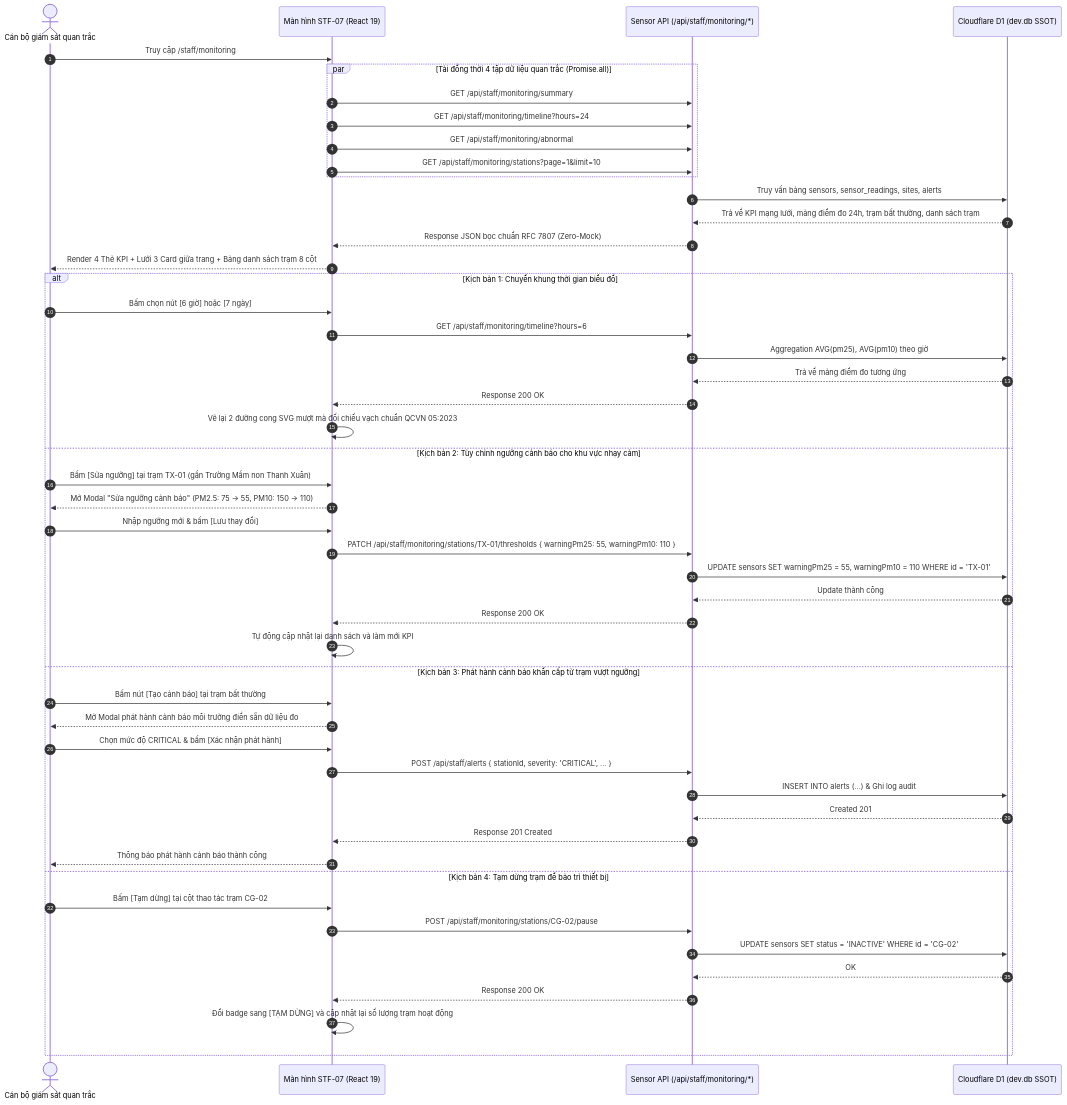
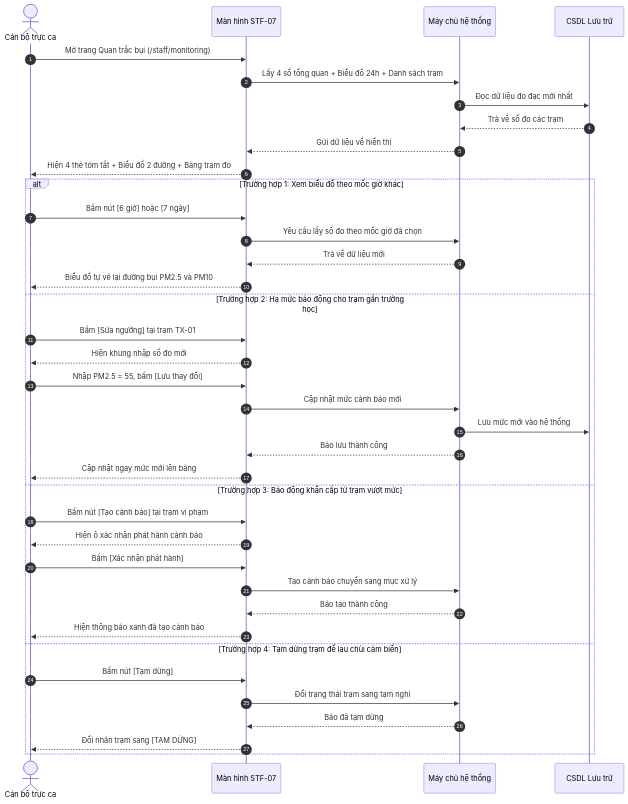
The diagram in docs/product/screens/STAFF-07-monitoring.md (26730023-PhamPhuNguyenHung/unicef-dustguard), drawn with Mermaid before and after one commit. The commit also changed other lines of this file and 30 other files, not shown here.

````diff
--- a/docs/product/screens/STAFF-07-monitoring.md
+++ b/docs/product/screens/STAFF-07-monitoring.md
@@ -51,54 +49,42 @@
 ```mermaid
 sequenceDiagram
     autonumber
-    actor Staff as Cán bộ giám sát quan trắc
-    participant UI as Màn hình STF-07 (React 19)
-    participant API as Sensor API (/api/staff/monitoring/*)
-    participant DB as Cloudflare D1 (dev.db SSOT)
+    actor CB as Cán bộ trực ca
+    participant MH as Màn hình STF-07
+    participant SV as Máy chủ hệ thống
+    participant DB as CSDL Lưu trữ
 
-    Staff->>UI: Truy cập /staff/monitoring
-    par Tải đồng thời 4 tập dữ liệu quan trắc (Promise.all)
-        UI->>API: GET /api/staff/monitoring/summary
-        UI->>API: GET /api/staff/monitoring/timeline?hours=24
-        UI->>API: GET /api/staff/monitoring/abnormal
-        UI->>API: GET /api/staff/monitoring/stations?page=1&limit=10
-    end
-    API->>DB: Truy vấn bảng sensors, sensor_readings, sites, alerts
-    DB-->>API: Trả về KPI mạng lưới, mảng điểm đo 24h, trạm bất thường, danh sách trạm
-    API-->>UI: Response JSON bọc chuẩn RFC 7807 (Zero-Mock)
-    UI-->>Staff: Render 4 Thẻ KPI + Lưới 3 Card giữa trang + Bảng danh sách trạm 8 cột
+    CB->>MH: Mở trang Quan trắc bụi (/staff/monitoring)
+    MH->>SV: Lấy 4 số tổng quan + Biểu đồ 24h + Danh sách trạm
+    SV->>DB: Đọc dữ liệu đo đạc mới nhất
+    DB-->>SV: Trả về số đo các trạm
+    SV-->>MH: Gửi dữ liệu về hiển thị
+    MH-->>CB: Hiện 4 thẻ tóm tắt + Biểu đồ 2 đường + Bảng trạm đo
 
-    alt Kịch bản 1: Chuyển khung thời gian biểu đồ
-        Staff->>UI: Bấm chọn nút [6 giờ] hoặc [7 ngày]
-        UI->>API: GET /api/staff/monitoring/timeline?hours=6
-        API->>DB: Aggregation AVG(pm25), AVG(pm10) theo giờ
-        DB-->>API: Trả về mảng điểm đo tương ứng
-        API-->>UI: Response 200 OK
-        UI->>UI: Vẽ lại 2 đường cong SVG mượt mà đối chiếu vạch chuẩn QCVN 05:2023
-    else Kịch bản 2: Tùy chỉnh ngưỡng cảnh báo cho khu vực nhạy cảm
-        Staff->>UI: Bấm [Sửa ngưỡng] tại trạm TX-01 (gần Trường Mầm non Thanh Xuân)
-        UI-->>Staff: Mở Modal "Sửa ngưỡng cảnh báo" (PM2.5: 75 -> 55, PM10: 150 -> 110)
-        Staff->>UI: Nhập ngưỡng mới & bấm [Lưu thay đổi]
-        UI->>API: PATCH /api/staff/monitoring/stations/TX-01/thresholds { warningPm25: 55, warningPm10: 110 }
-        API->>DB: UPDATE sensors SET warningPm25 = 55, warningPm10 = 110 WHERE id = 'TX-01'
-        DB-->>API: Update thành công
-        API-->>UI: Response 200 OK
-        UI->>UI: Tự động cập nhật lại danh sách và làm mới KPI
-    else Kịch bản 3: Phát hành cảnh báo khẩn cấp từ trạm vượt ngưỡng
-        Staff->>UI: Bấm nút [Tạo cảnh báo] tại trạm bất thường
-        UI-->>Staff: Mở Modal phát hành cảnh báo môi trường điền sẵn dữ liệu đo
-        Staff->>UI: Chọn mức độ CRITICAL & bấm [Xác nhận phát hành]
-        UI->>API: POST /api/staff/alerts { stationId, severity: 'CRITICAL', ... }
-        API->>DB: INSERT INTO alerts (...) & Ghi log audit
-        DB-->>API: Created 201
-        API-->>UI: Response 201 Created
-        UI-->>Staff: Thông báo phát hành cảnh báo thành công
-    else Kịch bản 4: Tạm dừng trạm để bảo trì thiết bị
-        Staff->>UI: Bấm [Tạm dừng] tại cột thao tác trạm CG-02
-        UI->>API: POST /api/staff/monitoring/stations/CG-02/pause
-        API->>DB: UPDATE sensors SET status = 'INACTIVE' WHERE id = 'CG-02'
-        DB-->>API: OK
-        API-->>UI: Response 200 OK
-        UI->>UI: Đổi badge sang [TẠM DỪNG] và cập nhật lại số lượng trạm hoạt động
+    alt Trường hợp 1: Xem biểu đồ theo mốc giờ khác
+        CB->>MH: Bấm nút [6 giờ] hoặc [7 ngày]
+        MH->>SV: Yêu cầu lấy số đo theo mốc giờ đã chọn
+        SV-->>MH: Trả về dữ liệu mới
+        MH-->>CB: Biểu đồ tự vẽ lại đường bụi PM2.5 và PM10
+    else Trường hợp 2: Hạ mức báo động cho trạm gần trường học
+        CB->>MH: Bấm [Sửa ngưỡng] tại trạm TX-01
+        MH-->>CB: Hiện khung nhập số đo mới
+        CB->>MH: Nhập PM2.5 = 55, bấm [Lưu thay đổi]
+        MH->>SV: Cập nhật mức cảnh báo mới
+        SV->>DB: Lưu mức mới vào hệ thống
+        SV-->>MH: Báo lưu thành công
+        MH-->>CB: Cập nhật ngay mức mới lên bảng
+    else Trường hợp 3: Báo động khẩn cấp từ trạm vượt mức
+        CB->>MH: Bấm nút [Tạo cảnh báo] tại trạm vi phạm
+        MH-->>CB: Hiện ô xác nhận phát hành cảnh báo
+        CB->>MH: Bấm [Xác nhận phát hành]
+        MH->>SV: Tạo cảnh báo chuyển sang mục xử lý
+        SV-->>MH: Báo tạo thành công
+        MH-->>CB: Hiện thông báo xanh đã tạo cảnh báo
+    else Trường hợp 4: Tạm dừng trạm để lau chùi cảm biến
+        CB->>MH: Bấm nút [Tạm dừng]
+        MH->>SV: Đổi trạng thái trạm sang tạm nghỉ
+        SV-->>MH: Báo đã tạm dừng
+        MH-->>CB: Đổi nhãn trạm sang [TẠM DỪNG]
     end
 ```
````
